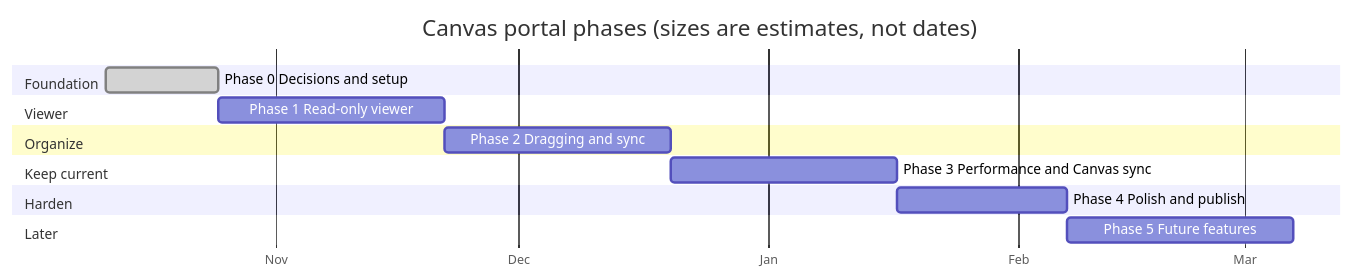
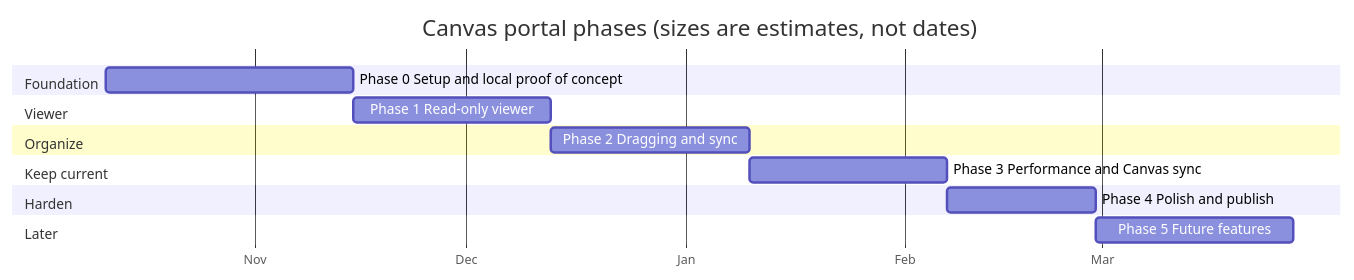
One commit to bbranton/TestProj changed the diagram in docs/canvas-portal/01-roadmap.md. Above: the diagram before and after it, drawn with Mermaid. The commit also changed other lines of this file and 1 other file, not shown here.

First line of the commit message:
Roadmap: reopen Phase 0 with a local proof of concept (#158)

````diff
--- a/docs/canvas-portal/01-roadmap.md
+++ b/docs/canvas-portal/01-roadmap.md
@@ -21,18 +21,18 @@
 ```mermaid
 gantt
     title Canvas portal phases (sizes are estimates, not dates)
     dateFormat  YYYY-MM-DD
     axisFormat  %b
     section Foundation
-    Phase 0 Decisions and setup      :done, p0, 2026-10-11, 14d
+    Phase 0 Setup and local proof of concept :p0, 2026-10-11, 35d
     section Viewer
     Phase 1 Read-only viewer         :p1, after p0, 28d
     section Organize
     Phase 2 Dragging and sync        :p2, after p1, 28d
     section Keep current
     Phase 3 Performance and Canvas sync :p3, after p2, 28d
     section Harden
     Phase 4 Polish and publish       :p4, after p3, 21d
     section Later
     Phase 5 Future features          :p5, after p4, 28d
 ```
````
